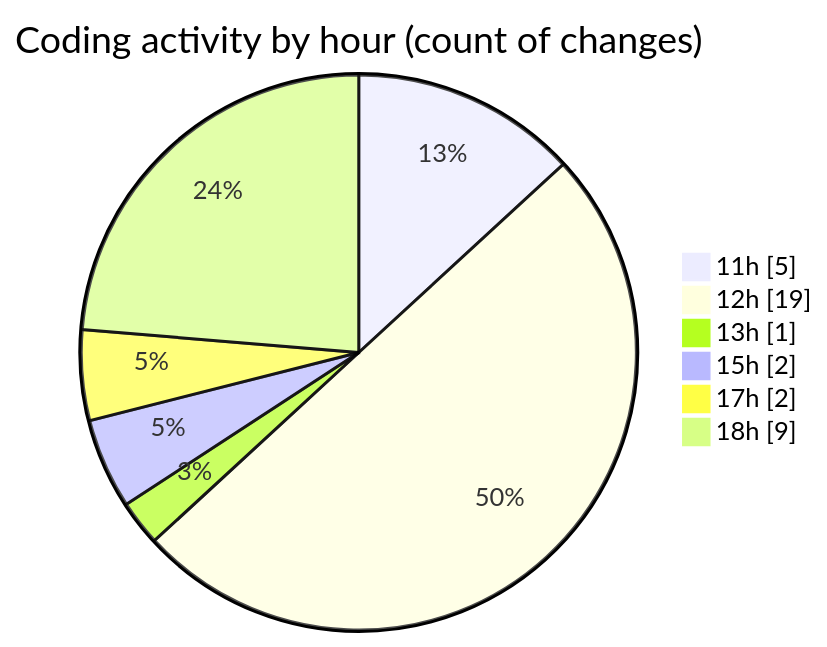
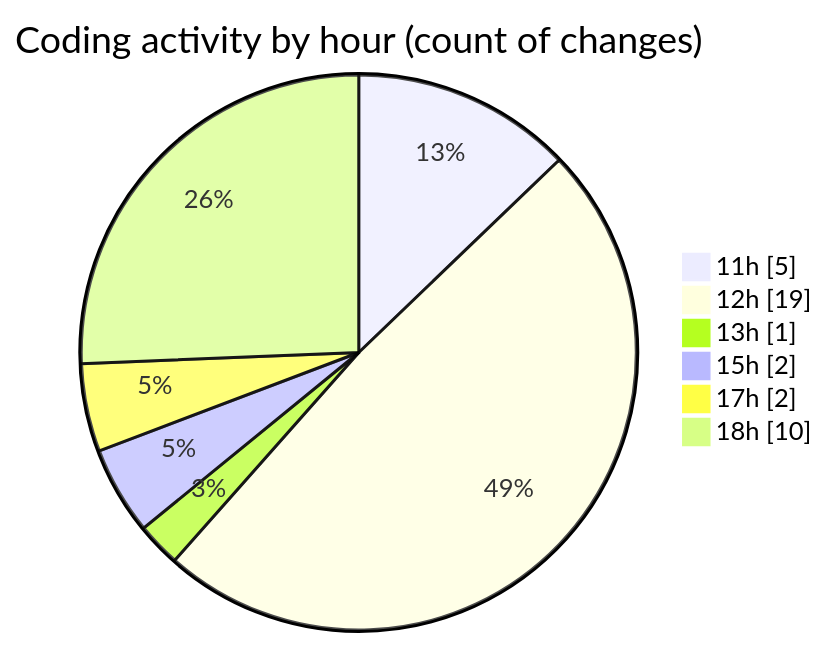
One commit to nxtqubesakshisongat/code-tracking changed the second of 2 diagrams in 2026-01-21/nxtqube_webapp/README.md. Above: the diagram before and after it, drawn with Mermaid. The commit also changed other lines of this file and 1 other file, not shown here.

````diff
--- a/2026-01-21/nxtqube_webapp/README.md
+++ b/2026-01-21/nxtqube_webapp/README.md
@@ -46,10 +47,10 @@
 ```mermaid
 pie showData
 title Coding activity by hour (count of changes)
 "11h" : 5
 "12h" : 19
 "13h" : 1
 "15h" : 2
 "17h" : 2
-"18h" : 9
+"18h" : 10
 ```
````
